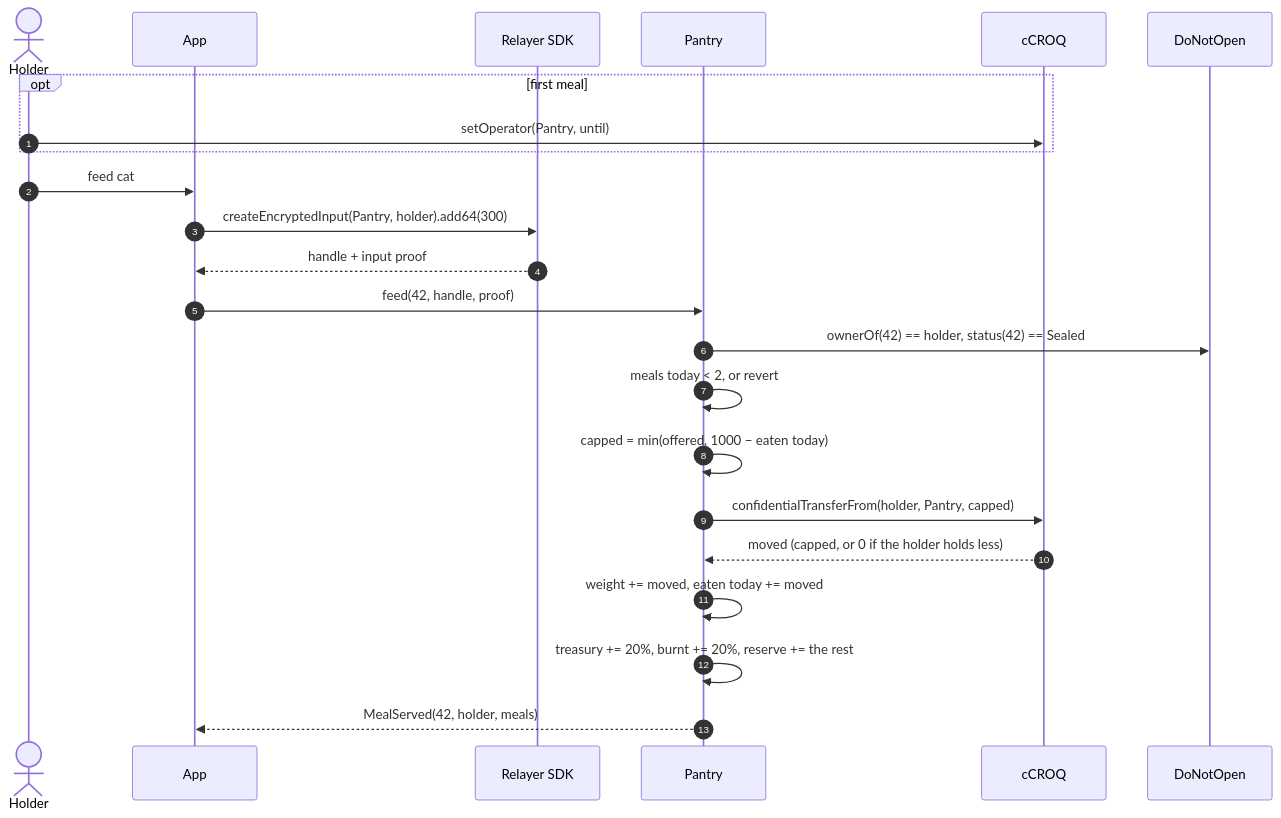
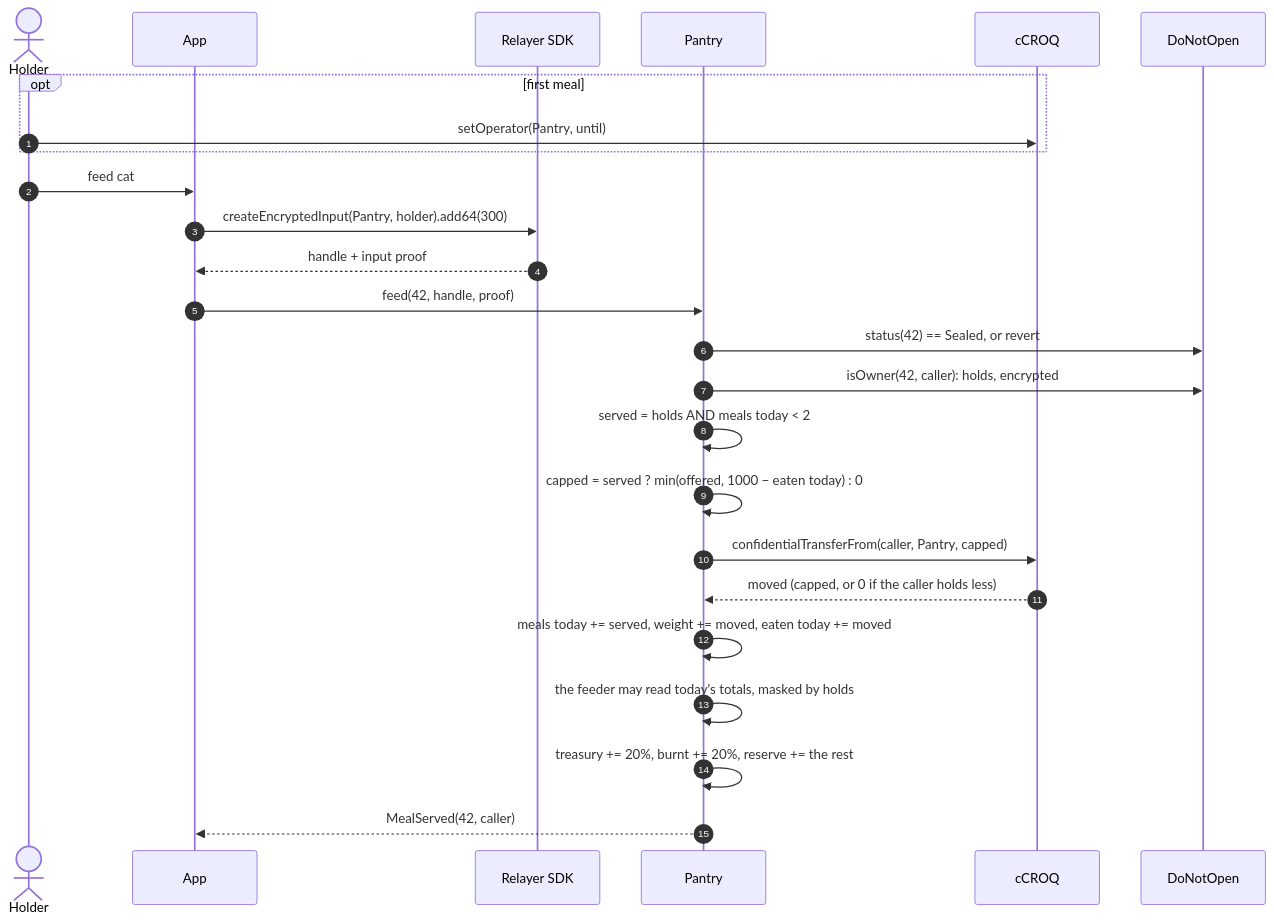
Before and after one commit to jecombe/do_not_open: the third of 6 diagrams in docs/CROQ.md, drawn with Mermaid. The commit also changed other lines of this file and 25 other files, not shown here.

````diff
--- a/docs/CROQ.md
+++ b/docs/CROQ.md
@@ -332,25 +351,27 @@
 ```mermaid
 sequenceDiagram
   autonumber
   actor H as Holder
   participant App
   participant SDK as Relayer SDK
   participant Pa as Pantry
   participant W as cCROQ
   participant B as DoNotOpen
   opt first meal
     H->>W: setOperator(Pantry, until)
   end
   H->>App: feed cat #42 with 300
   App->>SDK: createEncryptedInput(Pantry, holder).add64(300)
   SDK-->>App: handle + input proof
   App->>Pa: feed(42, handle, proof)
-  Pa->>B: ownerOf(42) == holder, status(42) == Sealed
-  Pa->>Pa: meals today < 2, or revert
-  Pa->>Pa: capped = min(offered, 1000 − eaten today)
-  Pa->>W: confidentialTransferFrom(holder, Pantry, capped)
-  W-->>Pa: moved (capped, or 0 if the holder holds less)
-  Pa->>Pa: weight += moved, eaten today += moved
+  Pa->>B: status(42) == Sealed, or revert
+  Pa->>B: isOwner(42, caller): holds, encrypted
+  Pa->>Pa: served = holds AND meals today < 2
+  Pa->>Pa: capped = served ? min(offered, 1000 − eaten today) : 0
+  Pa->>W: confidentialTransferFrom(caller, Pantry, capped)
+  W-->>Pa: moved (capped, or 0 if the caller holds less)
+  Pa->>Pa: meals today += served, weight += moved, eaten today += moved
+  Pa->>Pa: the feeder may read today's totals, masked by holds
   Pa->>Pa: treasury += 20%, burnt += 20%, reserve += the rest
-  Pa-->>App: MealServed(42, holder, meals)
+  Pa-->>App: MealServed(42, caller)
 ```
````
